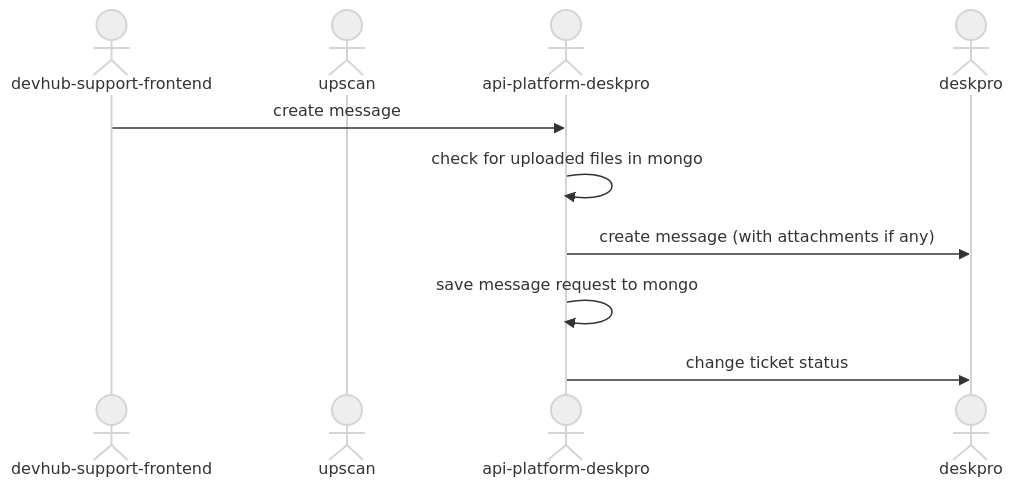
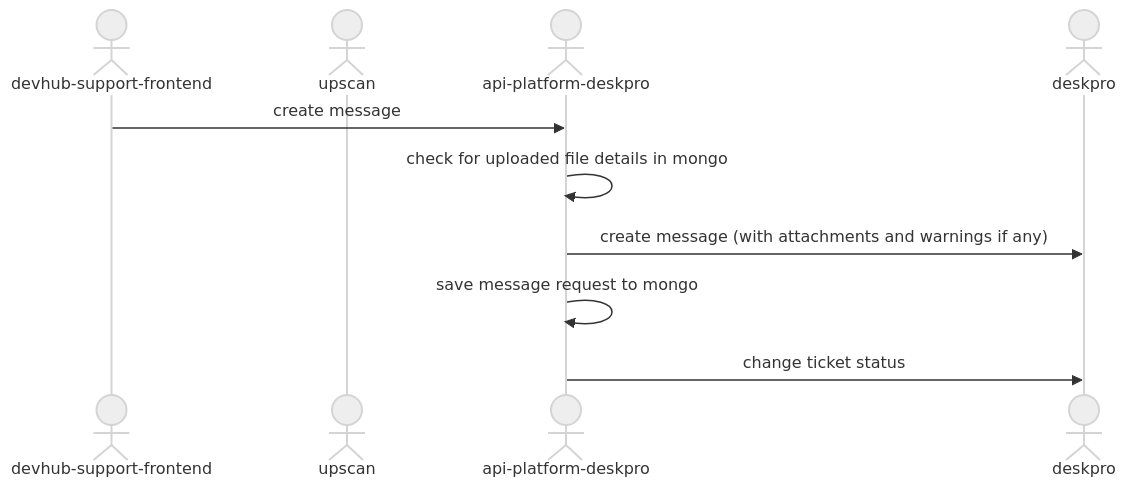
The second of 2 diagrams in README.md (hmrc/api-platform-deskpro), drawn with Mermaid (neutral theme) before and after one commit. The commit also changed other lines of this file, not shown here.

Commit message:
APIS-7882 Add sequence diagrams to readme

````diff
--- a/README.md
+++ b/README.md
@@ -85,12 +94,12 @@
 ```mermaid
 sequenceDiagram
         actor devhub-support-frontend
         actor upscan
         actor api-platform-deskpro
         actor deskpro
         devhub-support-frontend->>api-platform-deskpro: create message
-        api-platform-deskpro->>api-platform-deskpro: check for uploaded files in mongo
-        api-platform-deskpro->>deskpro: create message (with attachments if any)
+        api-platform-deskpro->>api-platform-deskpro: check for uploaded file details in mongo
+        api-platform-deskpro->>deskpro: create message (with attachments and warnings if any)
         api-platform-deskpro->>api-platform-deskpro: save message request to mongo
         api-platform-deskpro->>deskpro: change ticket status
 ```
````
